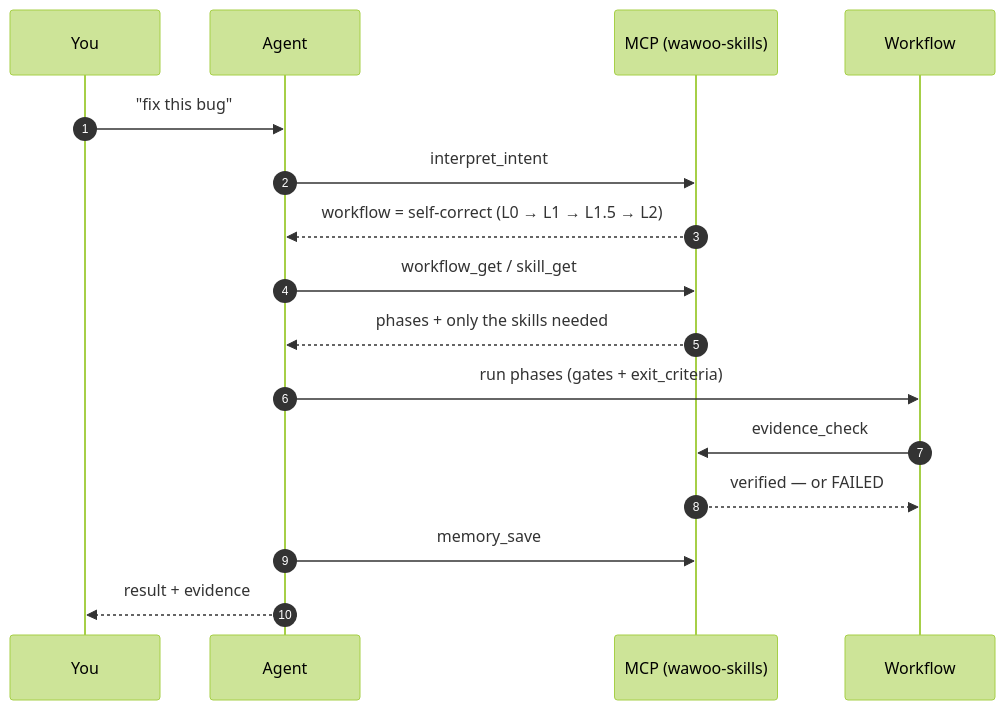
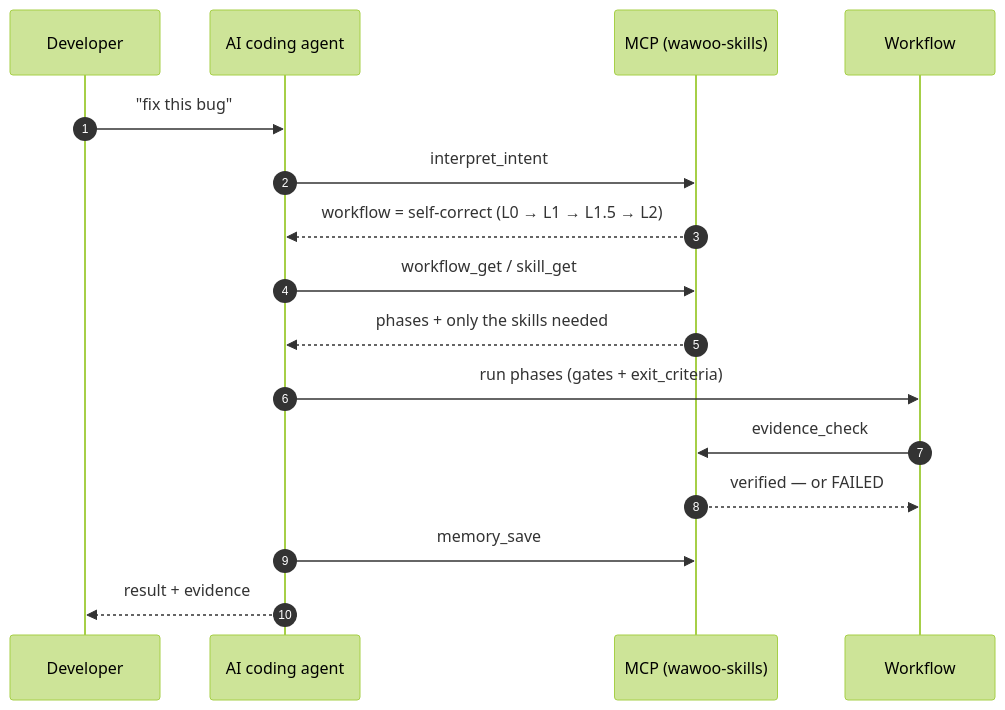
One commit to parkwoo/wawoo-agent-skills changed the diagram in README.md. Above: the diagram before and after it, drawn with Mermaid (forest theme). The commit also changed 3 other files, not shown here.

Commit message:
docs: use technical participant labels in the sequence diagram (developer / AI coding agent)

````diff
--- a/README.md
+++ b/README.md
@@ -80,18 +80,18 @@
 ```mermaid
 sequenceDiagram
     autonumber
-    participant U as You
-    participant A as Agent
+    participant U as Developer
+    participant A as AI coding agent
     participant M as MCP (wawoo-skills)
     participant W as Workflow
     U->>A: "fix this bug"
     A->>M: interpret_intent
     M-->>A: workflow = self-correct  (L0 → L1 → L1.5 → L2)
     A->>M: workflow_get / skill_get
     M-->>A: phases + only the skills needed
     A->>W: run phases (gates + exit_criteria)
     W->>M: evidence_check
     M-->>W: verified — or FAILED
     A->>M: memory_save
     A-->>U: result + evidence
 ```
````
